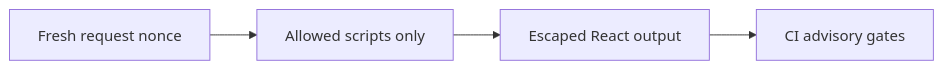
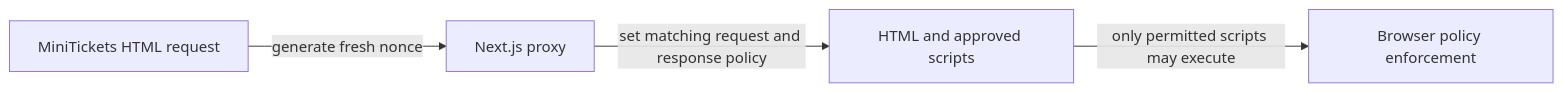
The diagram in docs/handbook/concepts/csp.md (maheshnd/minitickets), drawn with Mermaid before and after one commit. The commit also changed other lines of this file and 119 other files, not shown here.

````diff
--- a/docs/handbook/concepts/csp.md
+++ b/docs/handbook/concepts/csp.md
@@ -17,7 +18,6 @@
 ```mermaid
 flowchart LR
-    n0["Fresh request nonce"] --> n1
-    n1["Allowed scripts only"] --> n2
-    n2["Escaped React output"] --> n3
-    n3["CI advisory gates"]
+    request["MiniTickets HTML request"] -->|"generate fresh nonce"| proxy["Next.js proxy"]
+    proxy -->|"set matching request and response policy"| page["HTML and approved scripts"]
+    page -->|"only permitted scripts may execute"| browser["Browser policy enforcement"]
 ```
````
